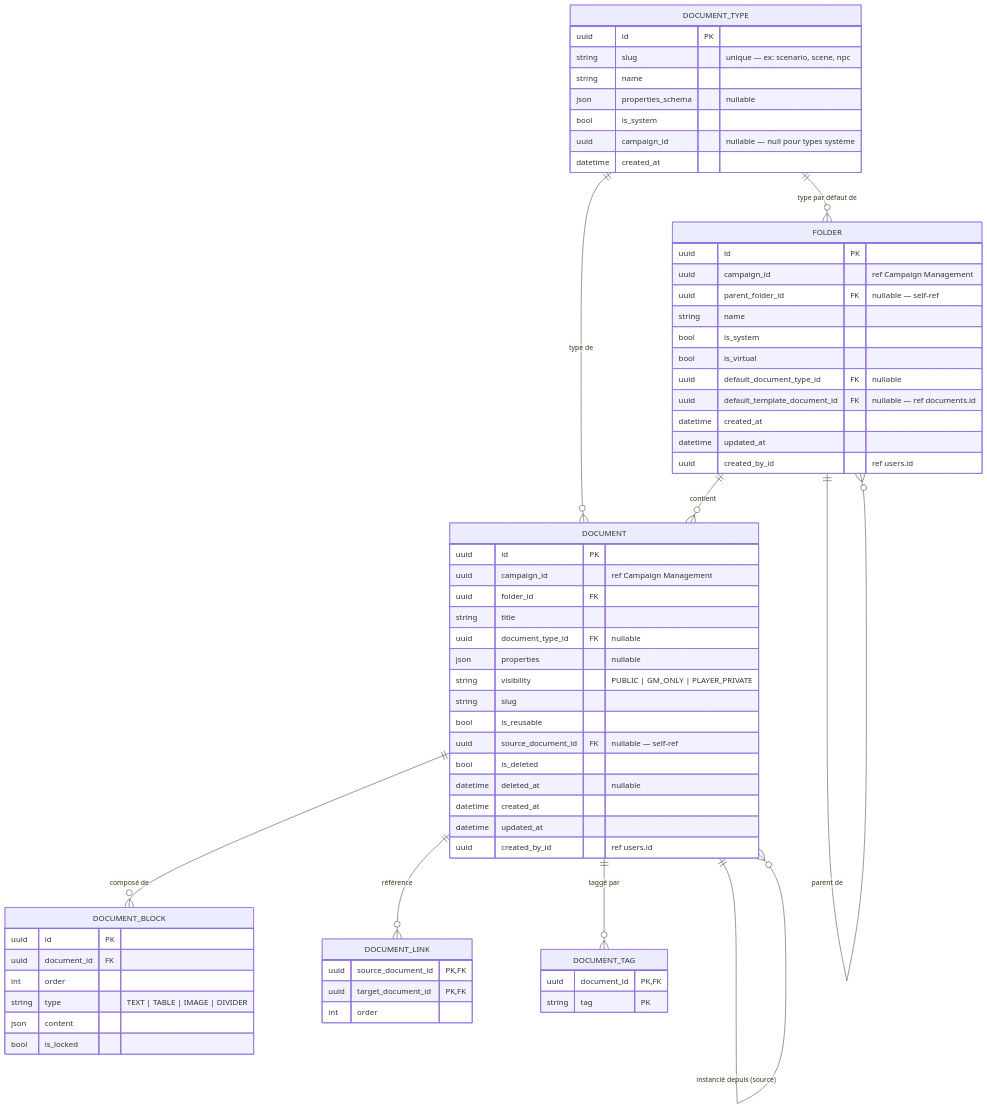
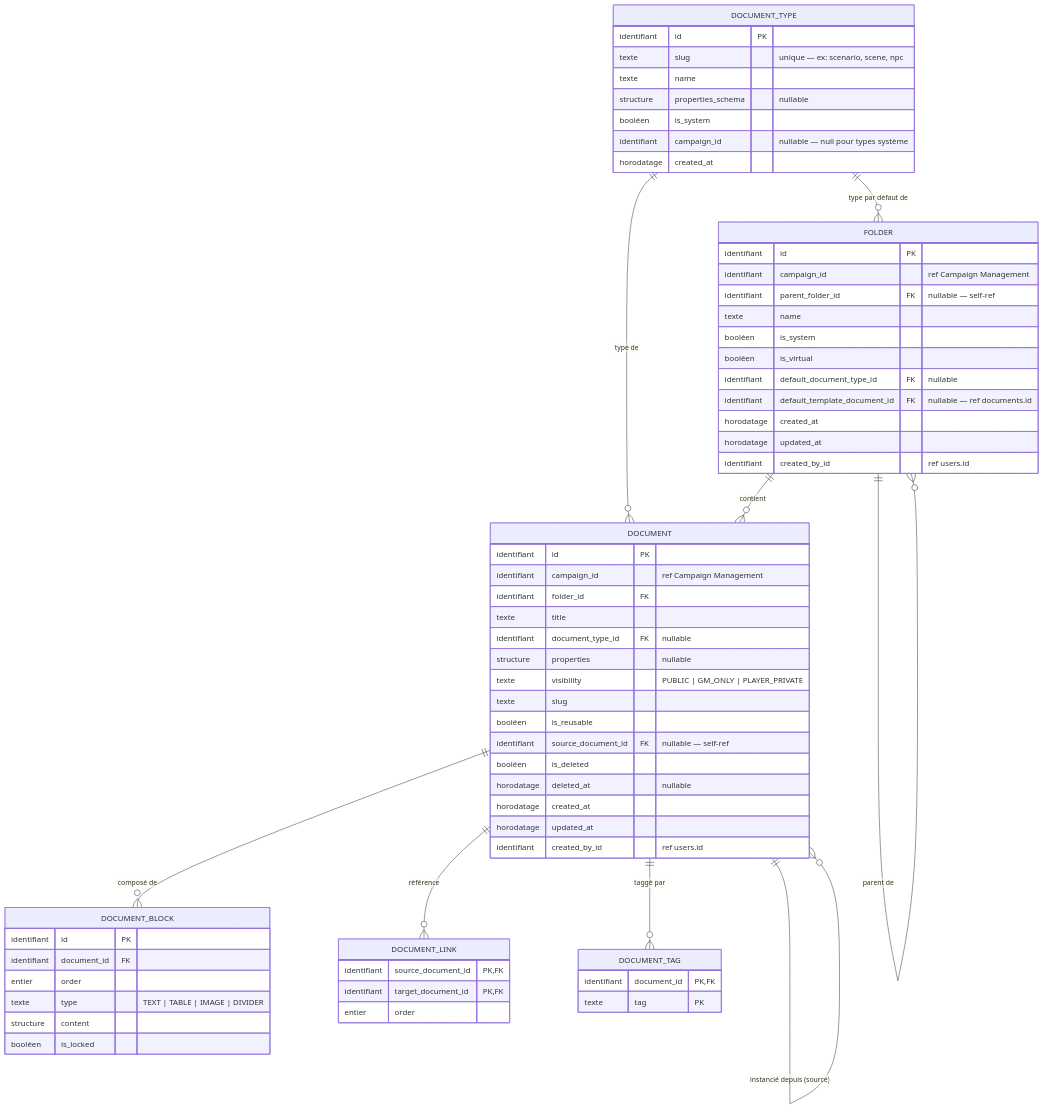
Before and after one commit to 2025-10-CDA-ECO-P6/PM-micro-saas: the diagram in docs/conception/domain/diagrams/mcd/content-library.md, drawn with Mermaid. The commit also changed 107 other files, not shown here.

````diff
--- a/docs/conception/domain/diagrams/mcd/content-library.md
+++ b/docs/conception/domain/diagrams/mcd/content-library.md
@@ -3,73 +3,73 @@
 ```mermaid
 erDiagram
     FOLDER {
-        uuid id PK
-        uuid campaign_id "ref Campaign Management"
-        uuid parent_folder_id FK "nullable — self-ref"
-        string name
-        bool is_system
-        bool is_virtual
-        uuid default_document_type_id FK "nullable"
-        uuid default_template_document_id FK "nullable — ref documents.id"
-        datetime created_at
-        datetime updated_at
-        uuid created_by_id "ref users.id"
+        identifiant id PK
+        identifiant campaign_id "ref Campaign Management"
+        identifiant parent_folder_id FK "nullable — self-ref"
+        texte name
+        booléen is_system
+        booléen is_virtual
+        identifiant default_document_type_id FK "nullable"
+        identifiant default_template_document_id FK "nullable — ref documents.id"
+        horodatage created_at
+        horodatage updated_at
+        identifiant created_by_id "ref users.id"
     }
 
     DOCUMENT_TYPE {
-        uuid id PK
-        string slug "unique — ex: scenario, scene, npc"
-        string name
-        json properties_schema "nullable"
-        bool is_system
-        uuid campaign_id "nullable — null pour types système"
-        datetime created_at
+        identifiant id PK
+        texte slug "unique — ex: scenario, scene, npc"
+        texte name
+        structure properties_schema "nullable"
+        booléen is_system
+        identifiant campaign_id "nullable — null pour types système"
+        horodatage created_at
     }
 
     DOCUMENT {
-        uuid id PK
-        uuid campaign_id "ref Campaign Management"
-        uuid folder_id FK
-        string title
-        uuid document_type_id FK "nullable"
-        json properties "nullable"
-        string visibility "PUBLIC | GM_ONLY | PLAYER_PRIVATE"
-        string slug
-        bool is_reusable
-        uuid source_document_id FK "nullable — self-ref"
-        bool is_deleted
-        datetime deleted_at "nullable"
-        datetime created_at
-        datetime updated_at
-        uuid created_by_id "ref users.id"
+        identifiant id PK
+        identifiant campaign_id "ref Campaign Management"
+        identifiant folder_id FK
+        texte title
+        identifiant document_type_id FK "nullable"
+        structure properties "nullable"
+        texte visibility "PUBLIC | GM_ONLY | PLAYER_PRIVATE"
+        texte slug
+        booléen is_reusable
+        identifiant source_document_id FK "nullable — self-ref"
+        booléen is_deleted
+        horodatage deleted_at "nullable"
+        horodatage created_at
+        horodatage updated_at
+        identifiant created_by_id "ref users.id"
     }
 
     DOCUMENT_BLOCK {
-        uuid id PK
-        uuid document_id FK
-        int order
-        string type "TEXT | TABLE | IMAGE | DIVIDER"
-        json content
-        bool is_locked
+        identifiant id PK
+        identifiant document_id FK
+        entier order
+        texte type "TEXT | TABLE | IMAGE | DIVIDER"
+        structure content
+        booléen is_locked
     }
 
     DOCUMENT_LINK {
-        uuid source_document_id PK,FK
-        uuid target_document_id PK,FK
-        int order
+        identifiant source_document_id PK,FK
+        identifiant target_document_id PK,FK
+        entier order
     }
 
     DOCUMENT_TAG {
-        uuid document_id PK,FK
-        string tag PK
+        identifiant document_id PK,FK
+        texte tag PK
     }
 
     FOLDER ||--o{ DOCUMENT : "contient"
     FOLDER ||--o{ FOLDER : "parent de"
     DOCUMENT_TYPE ||--o{ DOCUMENT : "type de"
     DOCUMENT_TYPE ||--o{ FOLDER : "type par défaut de"
     DOCUMENT ||--o{ DOCUMENT_BLOCK : "composé de"
     DOCUMENT ||--o{ DOCUMENT_LINK : "référence"
     DOCUMENT ||--o{ DOCUMENT_TAG : "taggé par"
     DOCUMENT ||--o{ DOCUMENT : "instancié depuis (source)"
 ```
````
